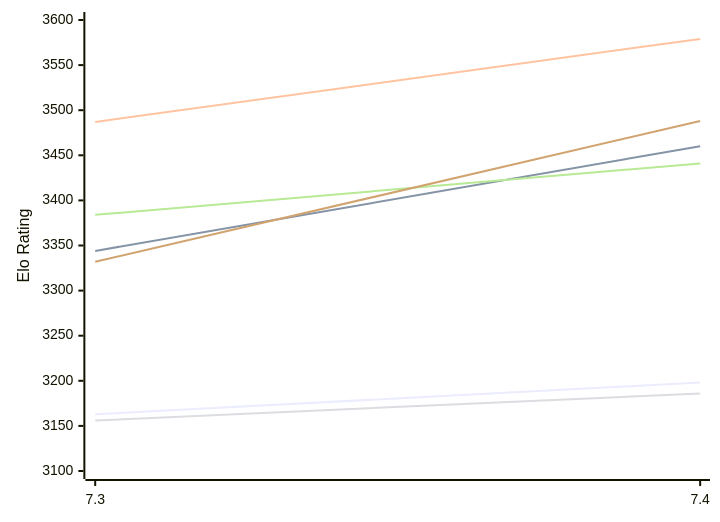
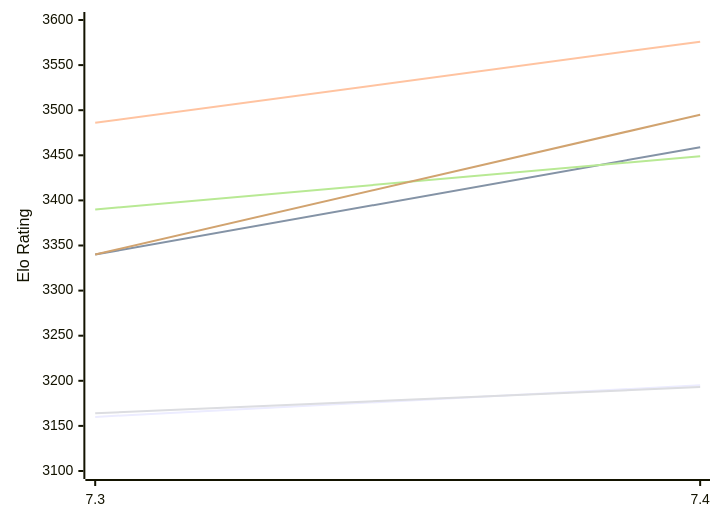
The diagram in engines/Booot.md (computer-chess-index/cci), drawn with Mermaid before and after one commit. The commit also changed other lines of this file, not shown here.

Commit message:
Update CCI Ratings (ELO VLTC) - 2026-11-23

````diff
--- a/engines/Booot.md
+++ b/engines/Booot.md
@@ -49,12 +49,12 @@
 ```mermaid
 %%{init: {"theme":"base","themeVariables":{"seriesColors:['#a3a3a3','#222221','#faa371']}}}%%
 xychart-beta
   x-axis ["7.3", "7.4"]
   y-axis "Elo Rating" 3100 --> 3600
-  line "E1: STC (8.0+0.08s)" [3163, 3198]
-  line "E1: LTC (60.0+0.60s)" [3344, 3460]
-  line "E1: VLTC (2m24s+1.12s)" [3487, 3579]
-  line "P1: STC (8.0+0.08s)" [3156, 3186]
-  line "P1: LTC (60.0+0.60s)" [3384, 3441]
-  line "P1: VLTC (2m24s+1.12s)" [3332, 3488]
+  line "E1: STC (8.0+0.08s)" [3160, 3195]
+  line "E1: LTC (60.0+0.60s)" [3340, 3459]
+  line "E1: VLTC (2m24s+1.12s)" [3486, 3576]
+  line "P1: STC (8.0+0.08s)" [3164, 3193]
+  line "P1: LTC (60.0+0.60s)" [3390, 3449]
+  line "P1: VLTC (2m24s+1.12s)" [3340, 3495]
 ```
````
